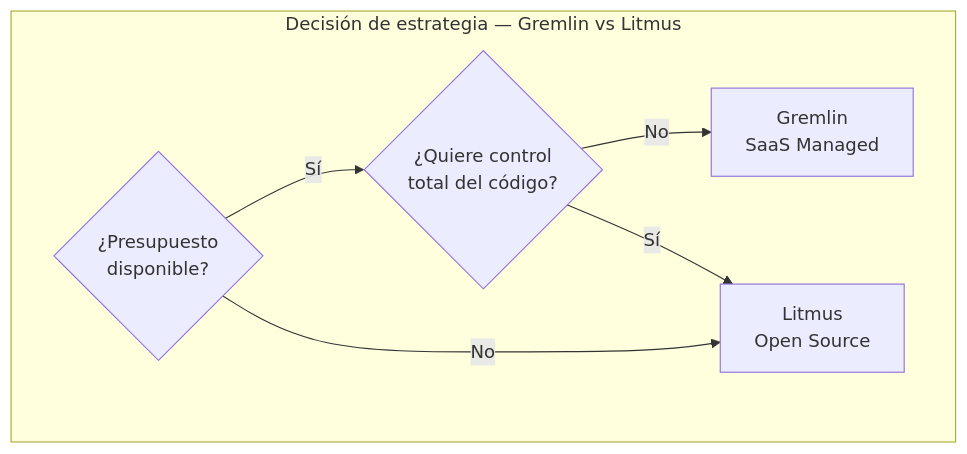
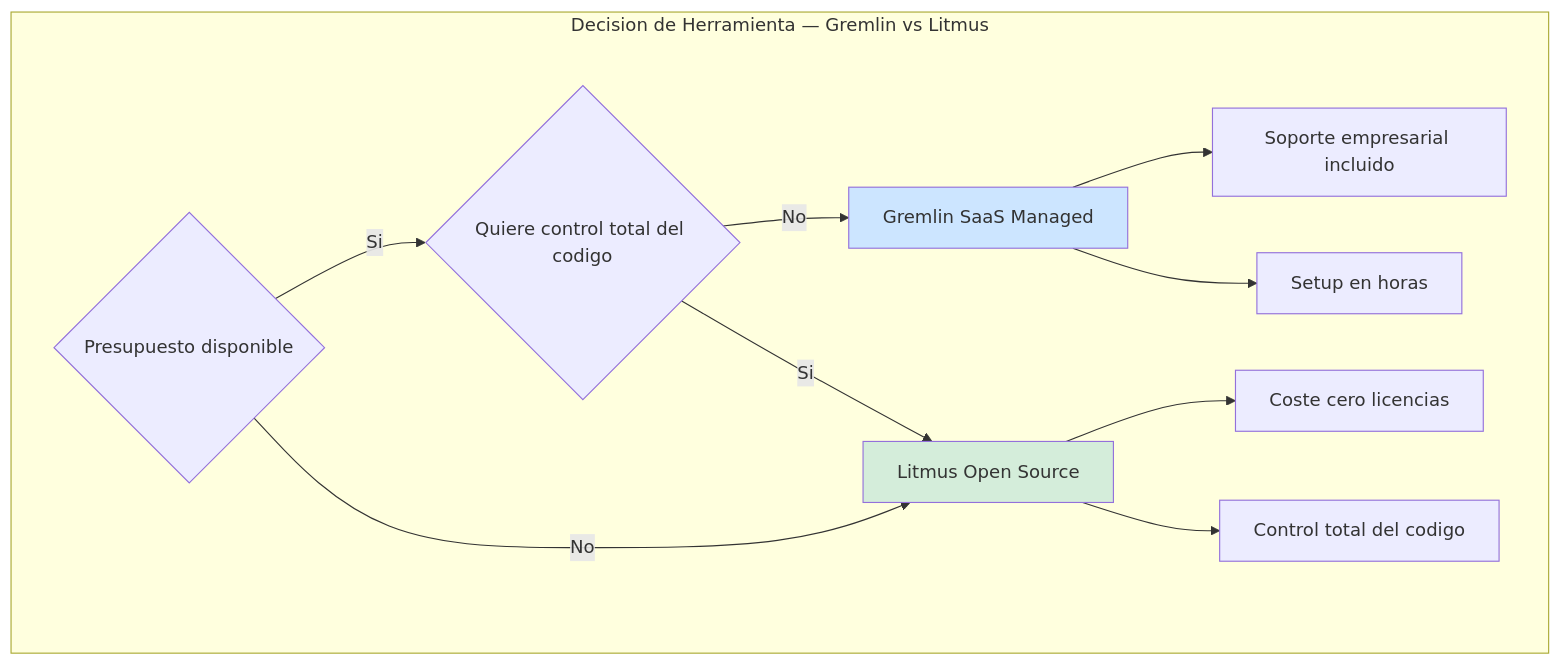
Before and after one commit to Joaquinriosheredia/DAM-Java-Mastery: the first of 3 diagrams in 05_SRE_DevOps/chaos_engineering_con_gremlin_y_litmus_en_kubernetes_STAFF.md, drawn with Mermaid. The commit also changed other lines of this file, not shown here.

Commit message:
chaos_engineering_con_gremlin_y_litmus_en_kubernetes_STAFF.md

````diff
--- a/05_SRE_DevOps/chaos_engineering_con_gremlin_y_litmus_en_kubernetes_STAFF.md
+++ b/05_SRE_DevOps/chaos_engineering_con_gremlin_y_litmus_en_kubernetes_STAFF.md
@@ -37,9 +57,17 @@
 ```mermaid
 graph TD
-    subgraph "Decisión de estrategia — Gremlin vs Litmus"
-        A{¿Presupuesto<br>disponible?} -->|Sí| B{¿Quiere control<br>total del código?}
-        B -->|No| GRE[Gremlin<br>SaaS Managed]
-        B -->|Sí| LIT[Litmus<br>Open Source]
+    subgraph "Decision de Herramienta — Gremlin vs Litmus"
+        A{Presupuesto disponible} -->|Si| B{Quiere control total del codigo}
+        B -->|No| GRE[Gremlin SaaS Managed]
+        B -->|Si| LIT[Litmus Open Source]
         A -->|No| LIT
+        
+        GRE --> BENEFIT1[Soporte empresarial incluido]
+        GRE --> BENEFIT2[Setup en horas]
+        LIT --> BENEFIT3[Coste cero licencias]
+        LIT --> BENEFIT4[Control total del codigo]
     end
+    
+    style GRE fill:#cce5ff
+    style LIT fill:#d4edda
 ```
````
